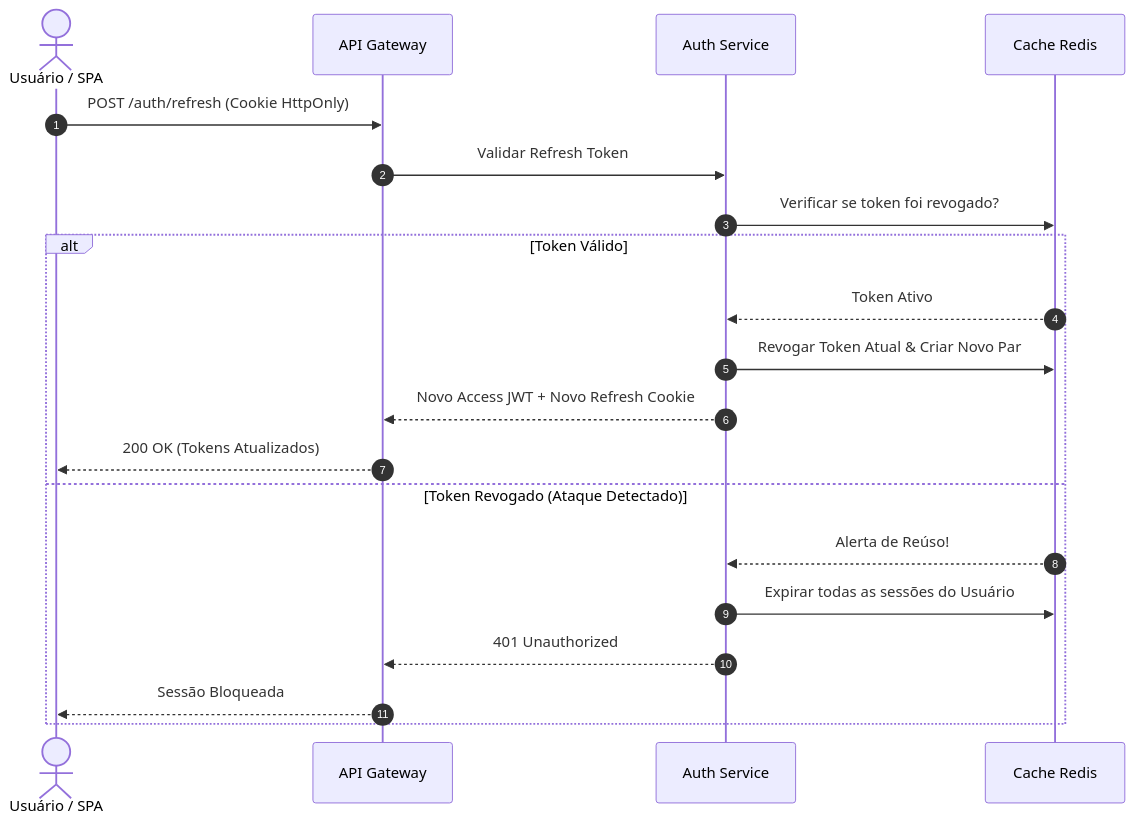
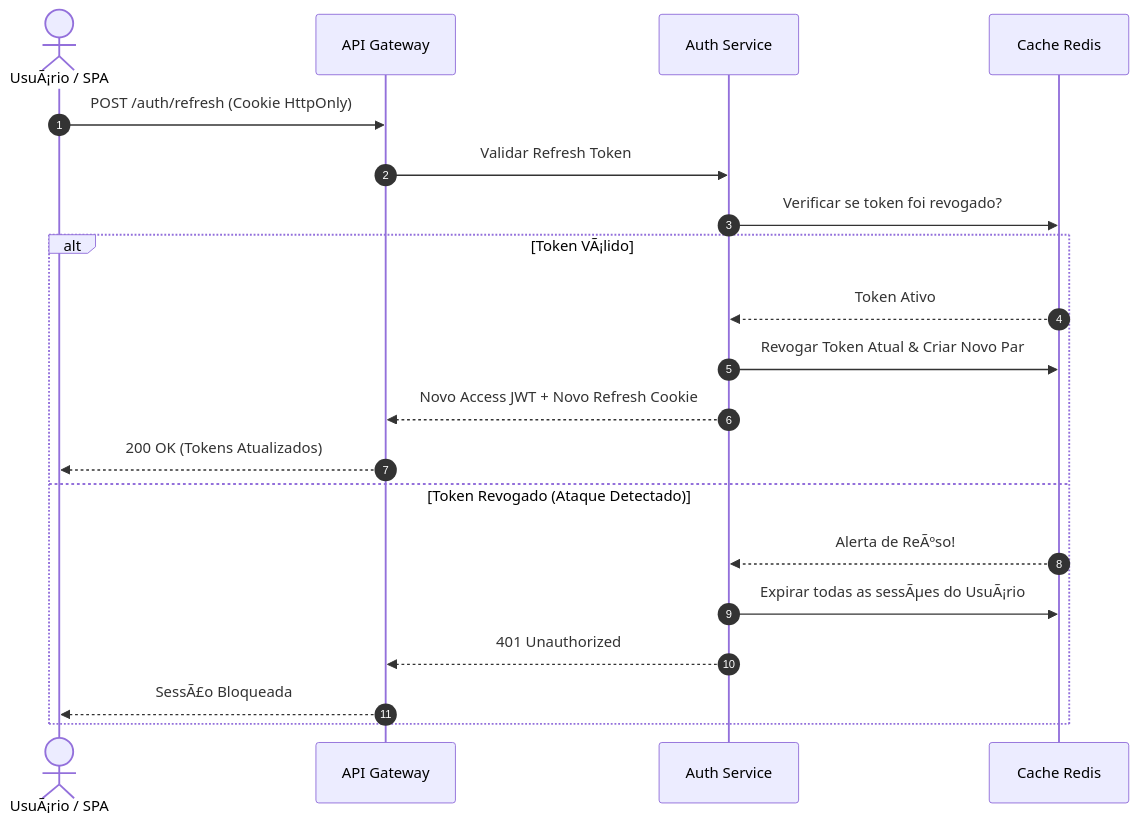
Before and after one commit to VictorRubinec/agentic-knowledge-os: the diagram in exemplos/02-tarefa-autenticacao-jwt.mdx, drawn with Mermaid. The commit also changed other lines of this file and 22 other files, not shown here.

````diff
--- a/exemplos/02-tarefa-autenticacao-jwt.mdx
+++ b/exemplos/02-tarefa-autenticacao-jwt.mdx
@@ -40,23 +40,23 @@
 ```mermaid
 sequenceDiagram
     autonumber
-    actor U as Usuário / SPA
+    actor U as UsuÃ¡rio / SPA
     participant G as API Gateway
     participant A as Auth Service
     participant R as Cache Redis
 
     U->>G: POST /auth/refresh (Cookie HttpOnly)
     G->>A: Validar Refresh Token
     A->>R: Verificar se token foi revogado?
-    alt Token Válido
+    alt Token VÃ¡lido
         R-->>A: Token Ativo
         A->>R: Revogar Token Atual & Criar Novo Par
         A-->>G: Novo Access JWT + Novo Refresh Cookie
         G-->>U: 200 OK (Tokens Atualizados)
     else Token Revogado (Ataque Detectado)
-        R-->>A: Alerta de Reúso!
-        A->>R: Expirar todas as sessões do Usuário
+        R-->>A: Alerta de ReÃºso!
+        A->>R: Expirar todas as sessÃµes do UsuÃ¡rio
         A-->>G: 401 Unauthorized
-        G-->>U: Sessão Bloqueada
+        G-->>U: SessÃ£o Bloqueada
     end
 ```
````
